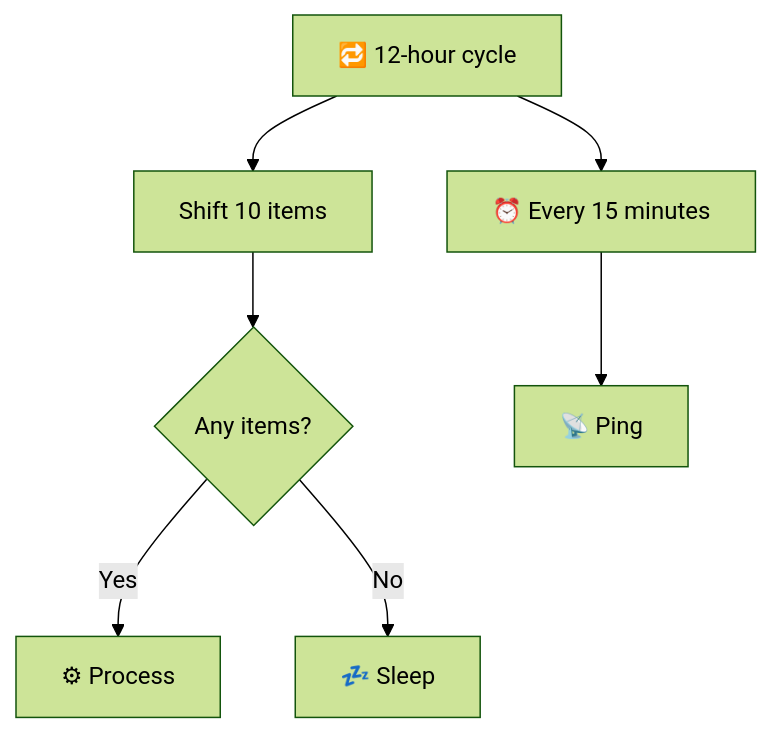
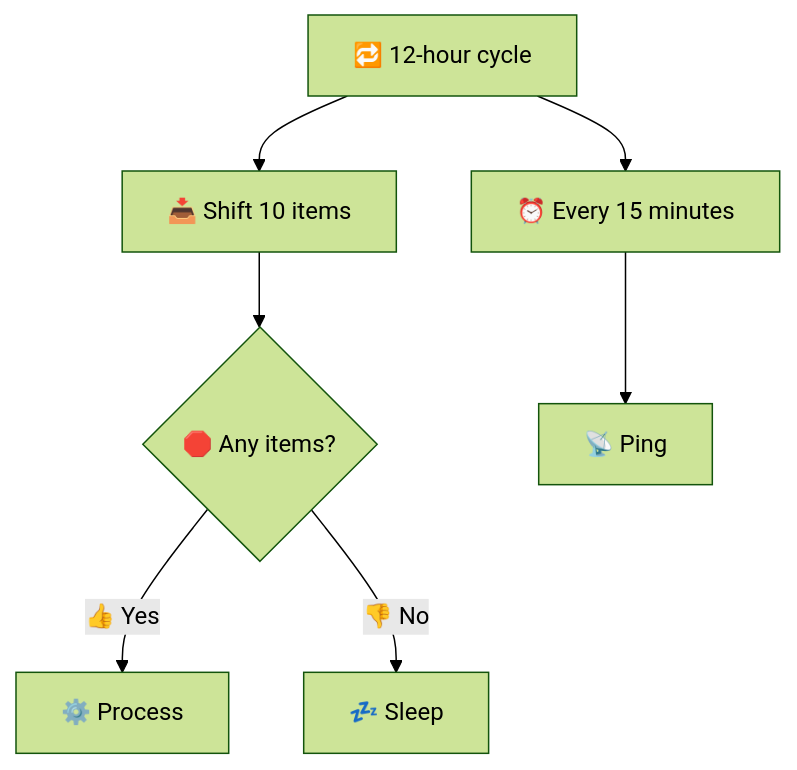
Before and after one commit to vbarbarosh/workflows: the diagram in poll/README.md, drawn with Mermaid (forest theme). The commit also changed other lines of this file, not shown here.

````diff
--- a/poll/README.md
+++ b/poll/README.md
@@ -19,9 +22,9 @@
 ```mermaid
 flowchart TD
-    Main[🔁 12-hour cycle] --> Shift[Shift 10 items]
-    Shift --> Any{Any items?}
-    Any --> |Yes| Process[⚙ Process]
-    Any --> |No| Sleep[💤 Sleep]
+    Main["🔁 12-hour cycle"] --> Shift["📥 Shift 10 items"]
+    Shift --> Any{"🛑 Any items?"}
+    Any --> |👍 Yes| Process["⚙️ Process"]
+    Any --> |👎 No| Sleep["💤 Sleep"]
     Main --> Timer["⏰ Every 15 minutes"]
     Timer --> Ping["📡 Ping"]
 ```
````
